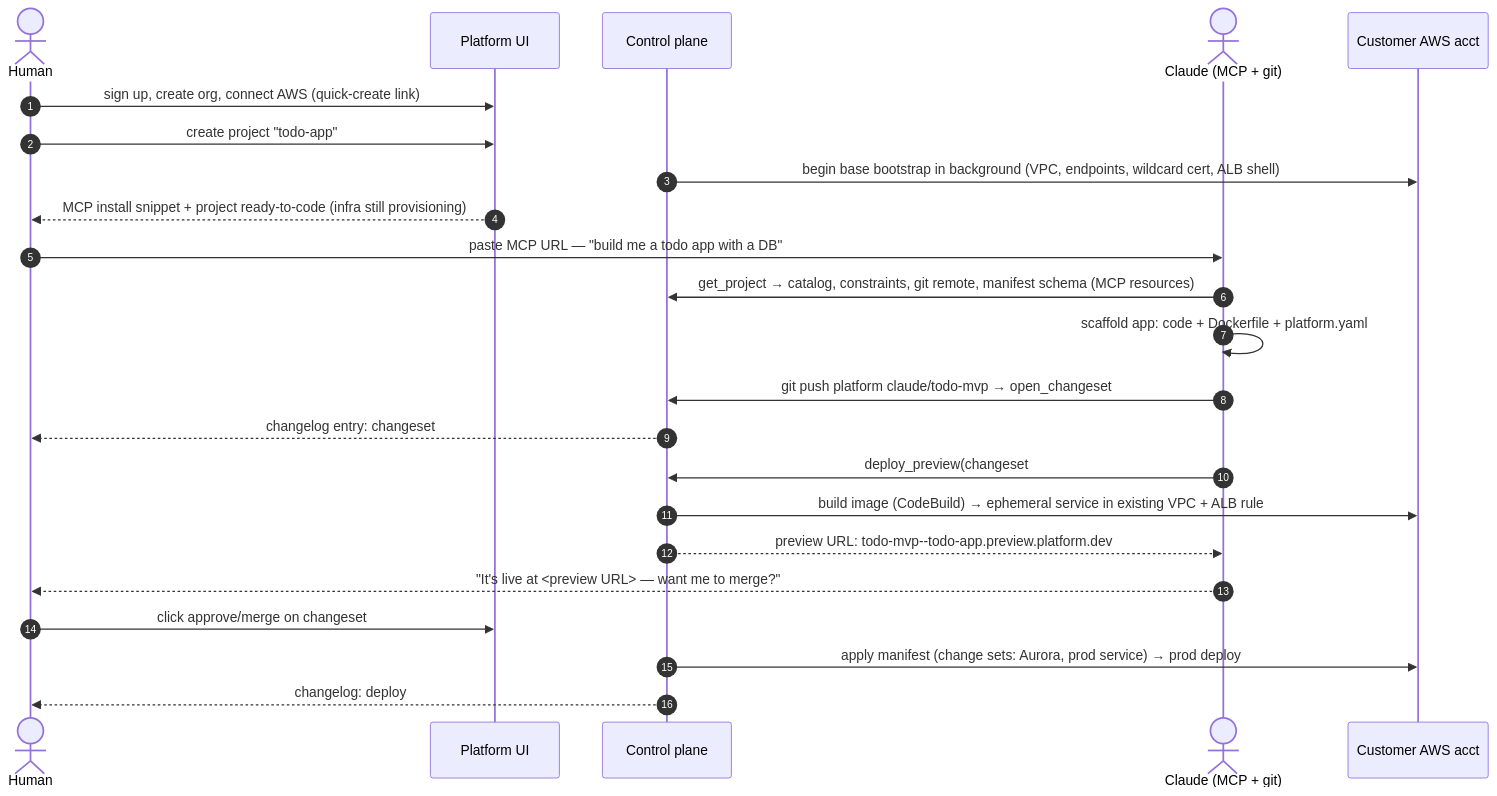
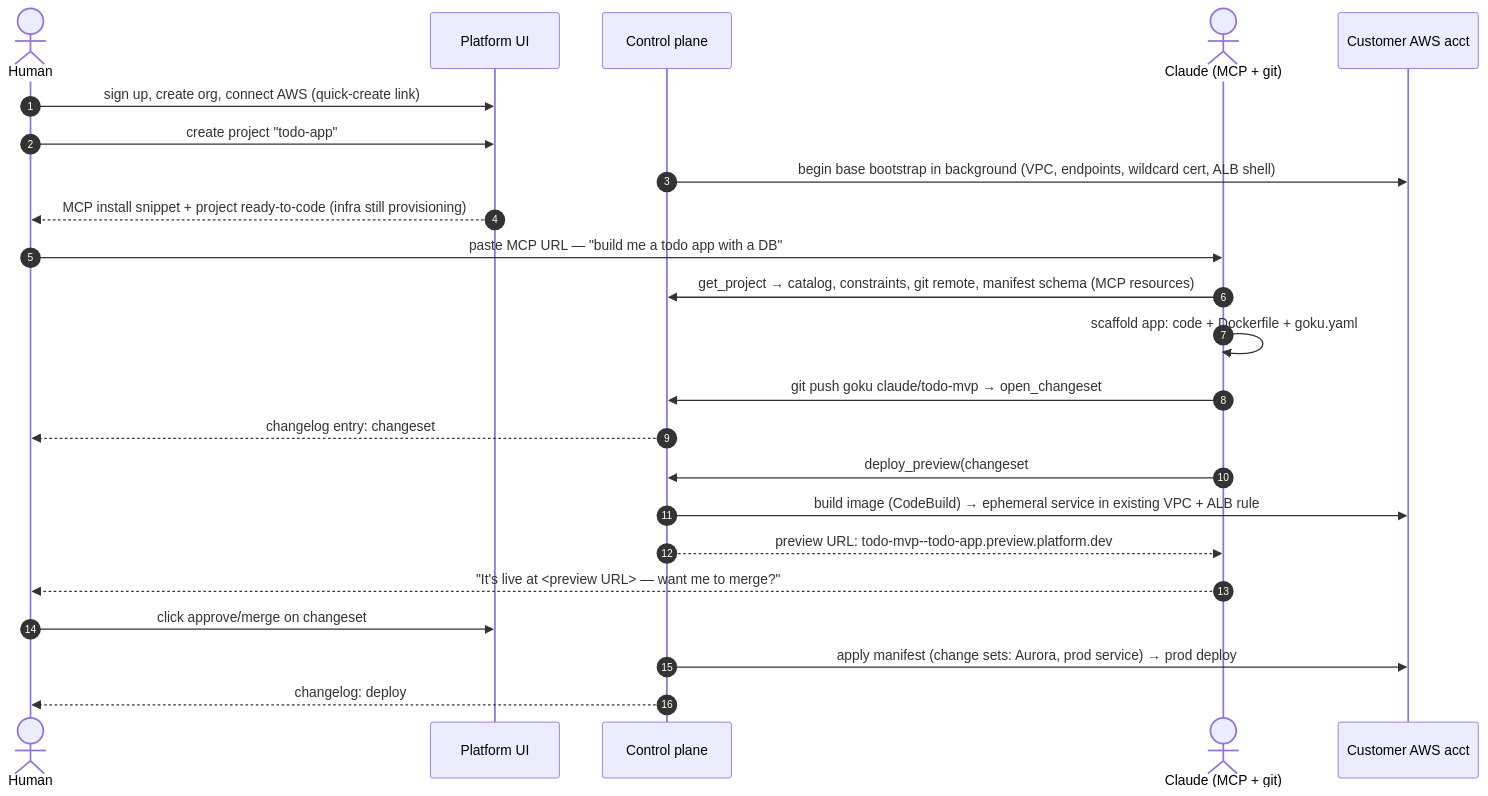
Before and after one commit to benjaminsanborn/goku: the diagram in docs/design/08-ux-helloworld.md, drawn with Mermaid. The commit also changed other lines of this file and 23 other files, not shown here.

````diff
--- a/docs/design/08-ux-helloworld.md
+++ b/docs/design/08-ux-helloworld.md
@@ -7,26 +7,26 @@
 ```mermaid
 sequenceDiagram
     autonumber
     actor H as Human
     participant UI as Platform UI
     participant CP as Control plane
     actor C as Claude (MCP + git)
     participant AWS as Customer AWS acct
 
     H->>UI: sign up, create org, connect AWS (quick-create link)
     H->>UI: create project "todo-app"
     CP->>AWS: begin base bootstrap in background (VPC, endpoints, wildcard cert, ALB shell)
     UI-->>H: MCP install snippet + project ready-to-code (infra still provisioning)
     H->>C: paste MCP URL — "build me a todo app with a DB"
     C->>CP: get_project → catalog, constraints, git remote, manifest schema (MCP resources)
-    C->>C: scaffold app: code + Dockerfile + platform.yaml
-    C->>CP: git push platform claude/todo-mvp → open_changeset
+    C->>C: scaffold app: code + Dockerfile + goku.yaml
+    C->>CP: git push goku claude/todo-mvp → open_changeset
     CP-->>H: changelog entry: changeset #1 (diff, manifest plan, agent attribution)
     C->>CP: deploy_preview(changeset #1)
     CP->>AWS: build image (CodeBuild) → ephemeral service in existing VPC + ALB rule
     CP-->>C: preview URL: todo-mvp--todo-app.preview.platform.dev
     C-->>H: "It's live at <preview URL> — want me to merge?"
     H->>UI: click approve/merge on changeset #1
     CP->>AWS: apply manifest (change sets: Aurora, prod service) → prod deploy
     CP-->>H: changelog: deploy #1 live at todo-app.app.platform.dev
 ```
````
